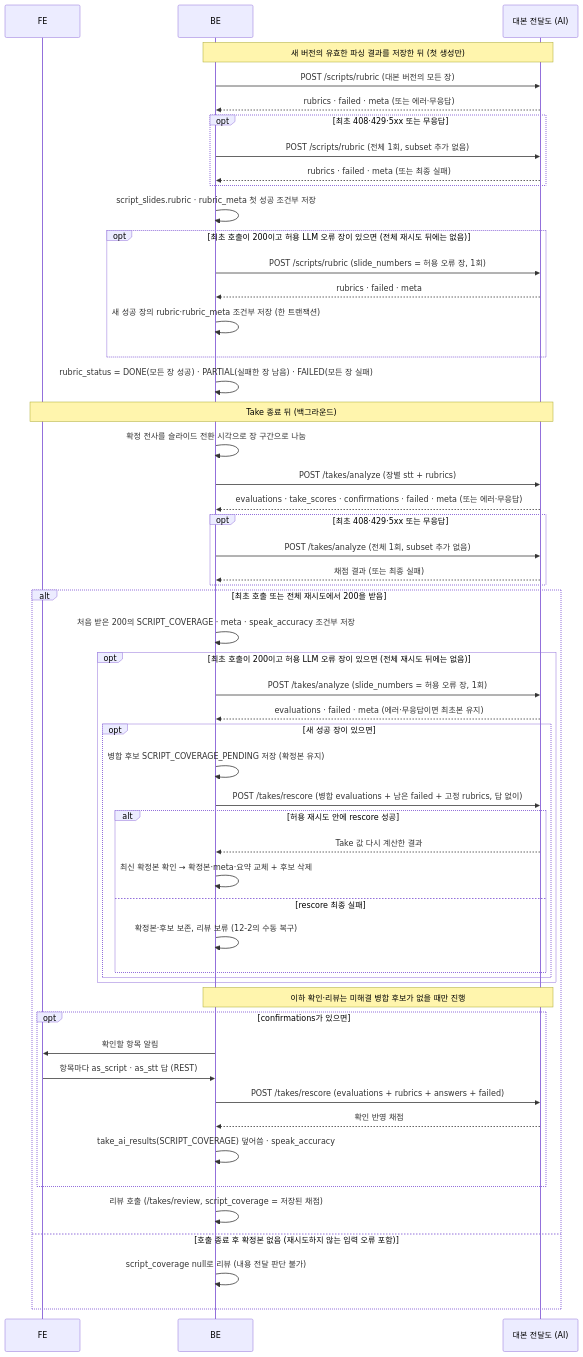
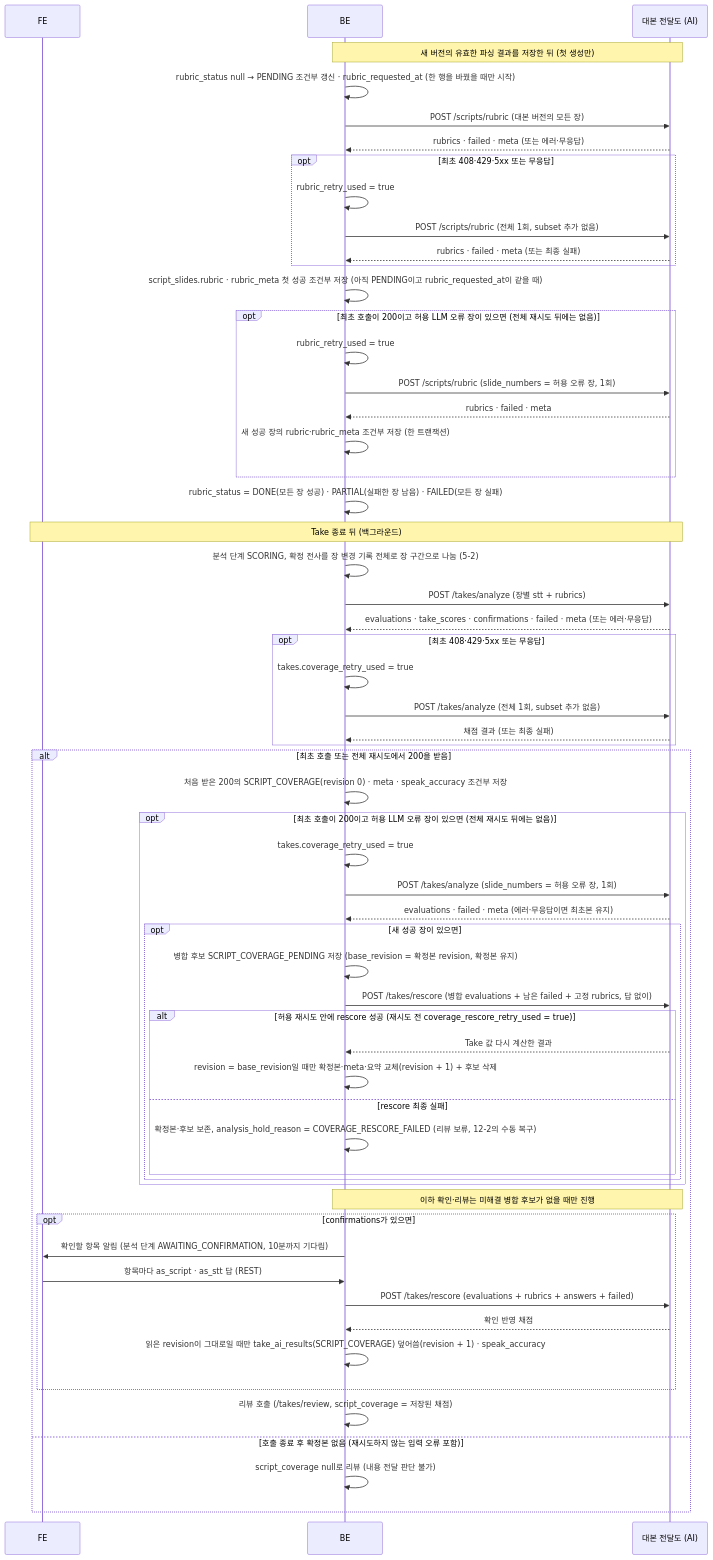
Before and after one commit to kakaotechcampus-4/ktc4-pusan-2: the second of 2 diagrams in docs/ai/features/script-coverage-evaluation.md, drawn with Mermaid. The commit also changed other lines of this file, not shown here.

Commit message:
docs(ai): 대본 전달도 문서에 장 구간 기준·확정본 revision·재시도 기록·보류 사유 반영

````diff
--- a/docs/ai/features/script-coverage-evaluation.md
+++ b/docs/ai/features/script-coverage-evaluation.md
@@ -614,56 +614,61 @@
 ```mermaid
 sequenceDiagram
     participant FE
     participant BE
     participant A as 대본 전달도 (AI)
     Note over BE,A: 새 버전의 유효한 파싱 결과를 저장한 뒤 (첫 생성만)
+    BE->>BE: rubric_status null → PENDING 조건부 갱신 · rubric_requested_at (한 행을 바꿨을 때만 시작)
     BE->>A: POST /scripts/rubric (대본 버전의 모든 장)
     A-->>BE: rubrics · failed · meta (또는 에러·무응답)
     opt 최초 408·429·5xx 또는 무응답
+        BE->>BE: rubric_retry_used = true
         BE->>A: POST /scripts/rubric (전체 1회, subset 추가 없음)
         A-->>BE: rubrics · failed · meta (또는 최종 실패)
     end
-    BE->>BE: script_slides.rubric · rubric_meta 첫 성공 조건부 저장
+    BE->>BE: script_slides.rubric · rubric_meta 첫 성공 조건부 저장 (아직 PENDING이고 rubric_requested_at이 같을 때)
     opt 최초 호출이 200이고 허용 LLM 오류 장이 있으면 (전체 재시도 뒤에는 없음)
+        BE->>BE: rubric_retry_used = true
         BE->>A: POST /scripts/rubric (slide_numbers = 허용 오류 장, 1회)
         A-->>BE: rubrics · failed · meta
         BE->>BE: 새 성공 장의 rubric·rubric_meta 조건부 저장 (한 트랜잭션)
     end
     BE->>BE: rubric_status = DONE(모든 장 성공) · PARTIAL(실패한 장 남음) · FAILED(모든 장 실패)
     Note over FE,A: Take 종료 뒤 (백그라운드)
-    BE->>BE: 확정 전사를 슬라이드 전환 시각으로 장 구간으로 나눔
+    BE->>BE: 분석 단계 SCORING, 확정 전사를 장 변경 기록 전체로 장 구간으로 나눔 (5-2)
     BE->>A: POST /takes/analyze (장별 stt + rubrics)
     A-->>BE: evaluations · take_scores · confirmations · failed · meta (또는 에러·무응답)
     opt 최초 408·429·5xx 또는 무응답
+        BE->>BE: takes.coverage_retry_used = true
         BE->>A: POST /takes/analyze (전체 1회, subset 추가 없음)
         A-->>BE: 채점 결과 (또는 최종 실패)
     end
     alt 최초 호출 또는 전체 재시도에서 200을 받음
-    BE->>BE: 처음 받은 200의 SCRIPT_COVERAGE · meta · speak_accuracy 조건부 저장
+    BE->>BE: 처음 받은 200의 SCRIPT_COVERAGE(revision 0) · meta · speak_accuracy 조건부 저장
     opt 최초 호출이 200이고 허용 LLM 오류 장이 있으면 (전체 재시도 뒤에는 없음)
+        BE->>BE: takes.coverage_retry_used = true
         BE->>A: POST /takes/analyze (slide_numbers = 허용 오류 장, 1회)
         A-->>BE: evaluations · failed · meta (에러·무응답이면 최초본 유지)
         opt 새 성공 장이 있으면
-            BE->>BE: 병합 후보 SCRIPT_COVERAGE_PENDING 저장 (확정본 유지)
+            BE->>BE: 병합 후보 SCRIPT_COVERAGE_PENDING 저장 (base_revision = 확정본 revision, 확정본 유지)
             BE->>A: POST /takes/rescore (병합 evaluations + 남은 failed + 고정 rubrics, 답 없이)
-            alt 허용 재시도 안에 rescore 성공
+            alt 허용 재시도 안에 rescore 성공 (재시도 전 coverage_rescore_retry_used = true)
                 A-->>BE: Take 값 다시 계산한 결과
-                BE->>BE: 최신 확정본 확인 → 확정본·meta·요약 교체 + 후보 삭제
+                BE->>BE: revision = base_revision일 때만 확정본·meta·요약 교체(revision + 1) + 후보 삭제
             else rescore 최종 실패
-                BE->>BE: 확정본·후보 보존, 리뷰 보류 (12-2의 수동 복구)
+                BE->>BE: 확정본·후보 보존, analysis_hold_reason = COVERAGE_RESCORE_FAILED (리뷰 보류, 12-2의 수동 복구)
             end
         end
     end
     Note over BE,A: 이하 확인·리뷰는 미해결 병합 후보가 없을 때만 진행
     opt confirmations가 있으면
-        BE->>FE: 확인할 항목 알림
+        BE->>FE: 확인할 항목 알림 (분석 단계 AWAITING_CONFIRMATION, 10분까지 기다림)
         FE->>BE: 항목마다 as_script · as_stt 답 (REST)
         BE->>A: POST /takes/rescore (evaluations + rubrics + answers + failed)
         A-->>BE: 확인 반영 채점
-        BE->>BE: take_ai_results(SCRIPT_COVERAGE) 덮어씀 · speak_accuracy
+        BE->>BE: 읽은 revision이 그대로일 때만 take_ai_results(SCRIPT_COVERAGE) 덮어씀(revision + 1) · speak_accuracy
     end
     BE->>BE: 리뷰 호출 (/takes/review, script_coverage = 저장된 채점)
     else 호출 종료 후 확정본 없음 (재시도하지 않는 입력 오류 포함)
         BE->>BE: script_coverage null로 리뷰 (내용 전달 판단 불가)
     end
 ```
````
